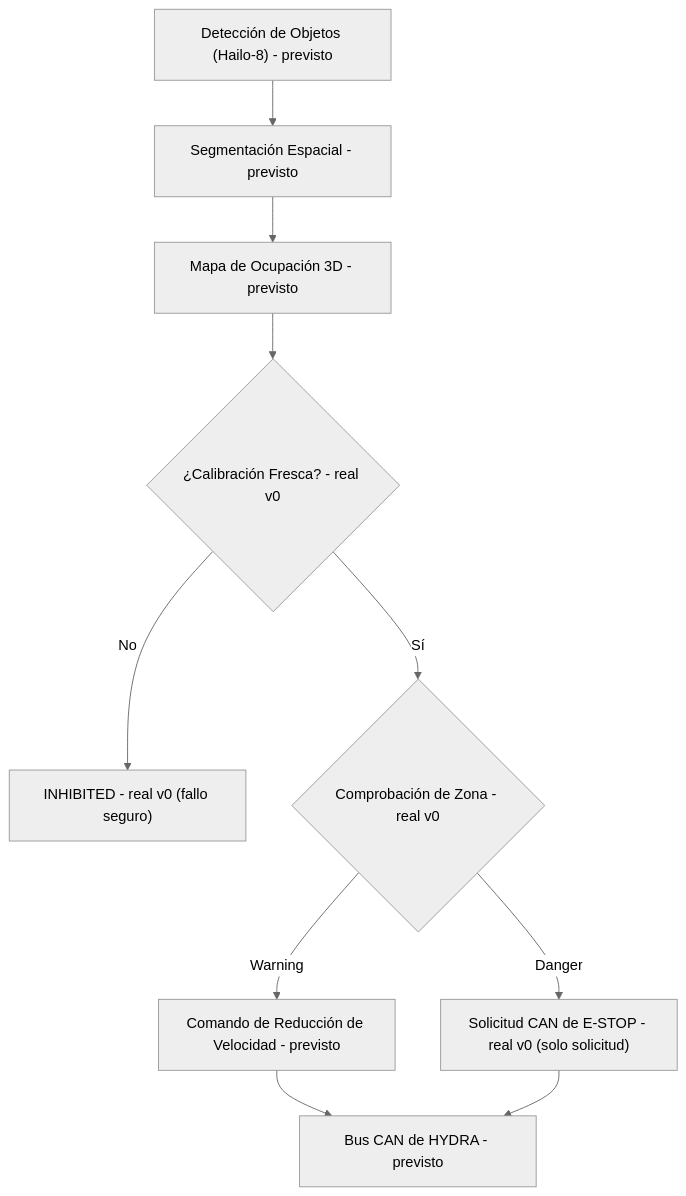
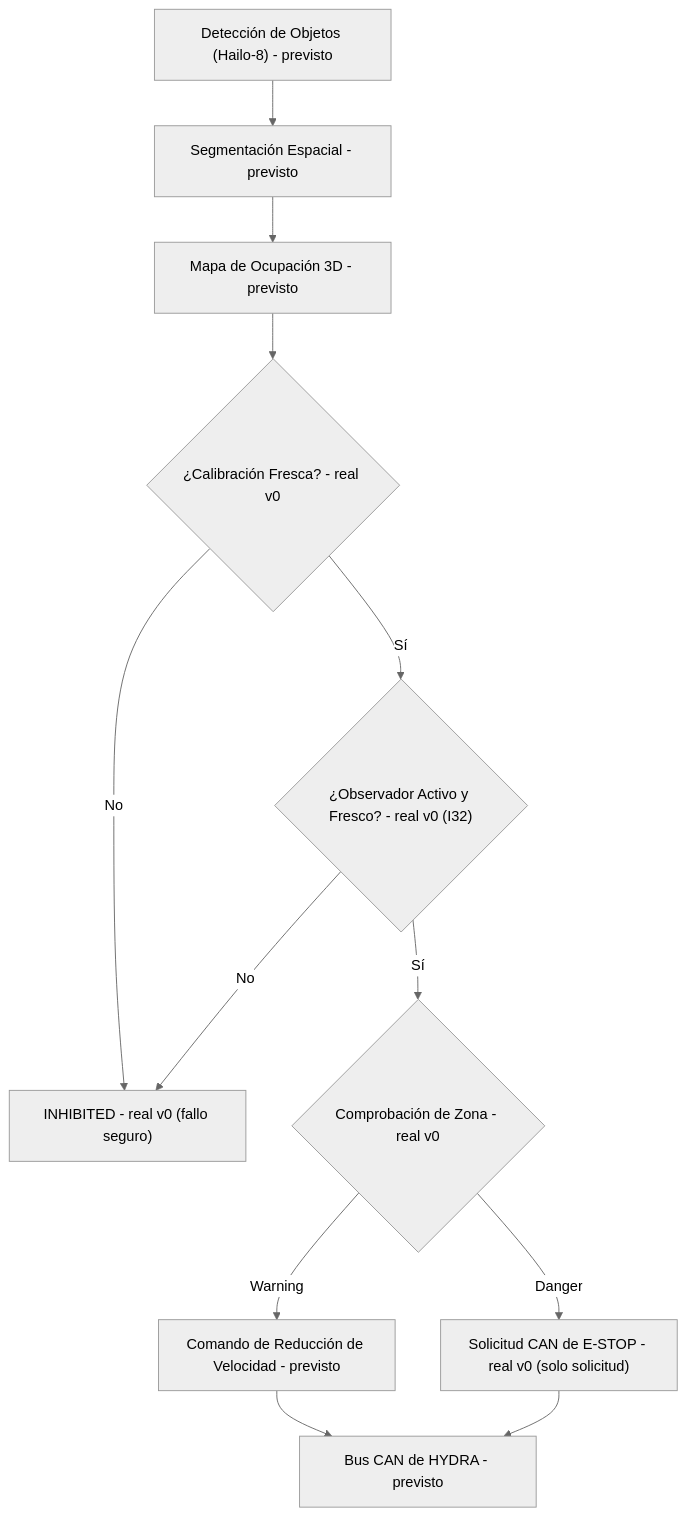
One commit to JuanenRac/HYDRA-UMC-SAFETY-ZONES changed the diagram in README_spa.md. Above: the diagram before and after it, drawn with Mermaid (neutral theme). The commit also changed other lines of this file and 19 other files, not shown here.

````diff
--- a/README_spa.md
+++ b/README_spa.md
@@ -48,12 +49,14 @@
 ```mermaid
 flowchart TB
     DET["Detección de Objetos (Hailo-8) - previsto"] --> SEG["Segmentación Espacial - previsto"]
     SEG --> MAP["Mapa de Ocupación 3D - previsto"]
     MAP --> CAL{"¿Calibración Fresca? - real v0"}
     CAL -- No --> INHIBIT["INHIBITED - real v0 (fallo seguro)"]
-    CAL -- Sí --> ZONE{"Comprobación de Zona - real v0"}
+    CAL -- Sí --> OBS{"¿Observador Activo y Fresco? - real v0 (I32)"}
+    OBS -- No --> INHIBIT
+    OBS -- Sí --> ZONE{"Comprobación de Zona - real v0"}
     ZONE -- Warning --> SLOW["Comando de Reducción de Velocidad - previsto"]
     ZONE -- Danger --> STOP["Solicitud CAN de E-STOP - real v0 (solo solicitud)"]
     SLOW --> CAN["Bus CAN de HYDRA - previsto"]
     STOP --> CAN
 ```
````
